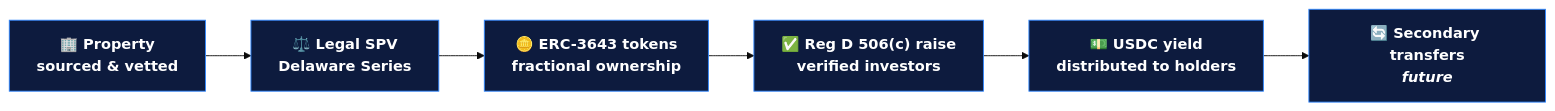
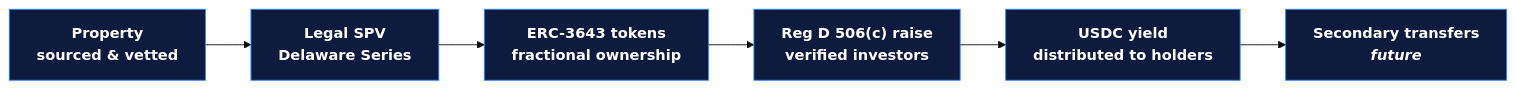
One commit to Gur-noor/Property-United changed the diagram in docs/solution.md. Above: the diagram before and after it, drawn with Mermaid (base theme). The commit also changed 2 other files, not shown here.

Commit message:
fix: resolve Mermaid diagram rendering issues (contrast + emoji)
- Remove emoji from solution.md and platform/architecture.md Mermaid
  diagrams — emoji render as coloured blobs in SVG text nodes across
  most browsers/OS combinations
- Add CSS overrides for all classDef node text colours; Mermaid's
  htmlLabels mode renders node text via <foreignObject> HTML which
  inherits the page cascade instead of the SVG color attribute, causing
  dark-fill nodes (series, step, layer, later, foundation) to show
  near-zero contrast text in light mode

````diff
--- a/docs/solution.md
+++ b/docs/solution.md
@@ -11,11 +11,11 @@
 ```mermaid
 flowchart LR
-    A["🏢 Property<br/>sourced & vetted"] --> B["⚖️ Legal SPV<br/>Delaware Series"]
-    B --> C["🪙 ERC-3643 tokens<br/>fractional ownership"]
-    C --> D["✅ Reg D 506(c) raise<br/>verified investors"]
-    D --> E["💵 USDC yield<br/>distributed to holders"]
-    E --> F["🔄 Secondary transfers<br/><i>future</i>"]
+    A["Property<br/>sourced &amp; vetted"] --> B["Legal SPV<br/>Delaware Series"]
+    B --> C["ERC-3643 tokens<br/>fractional ownership"]
+    C --> D["Reg D 506(c) raise<br/>verified investors"]
+    D --> E["USDC yield<br/>distributed to holders"]
+    E --> F["Secondary transfers<br/><i>future</i>"]
 
     classDef step fill:#0d1b3e,stroke:#2E86FF,color:#ffffff,font-weight:600;
     class A,B,C,D,E,F step;
 ```
````
